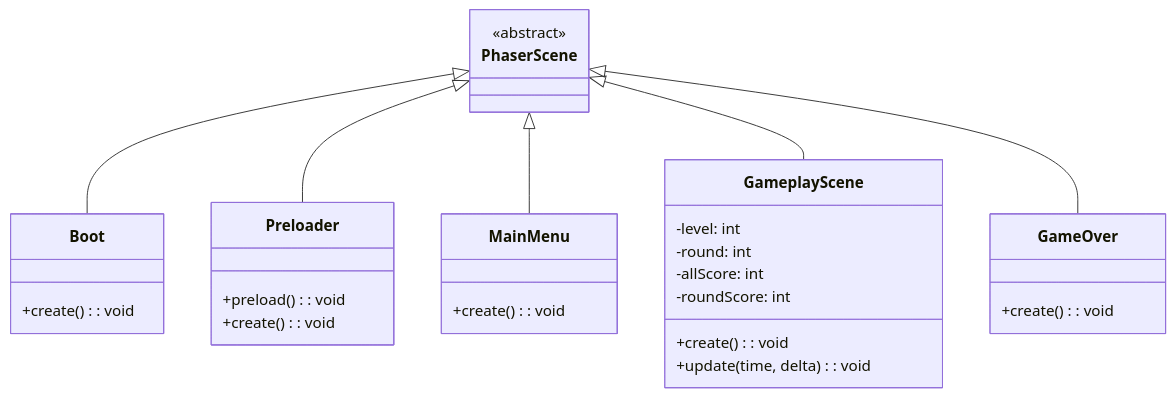
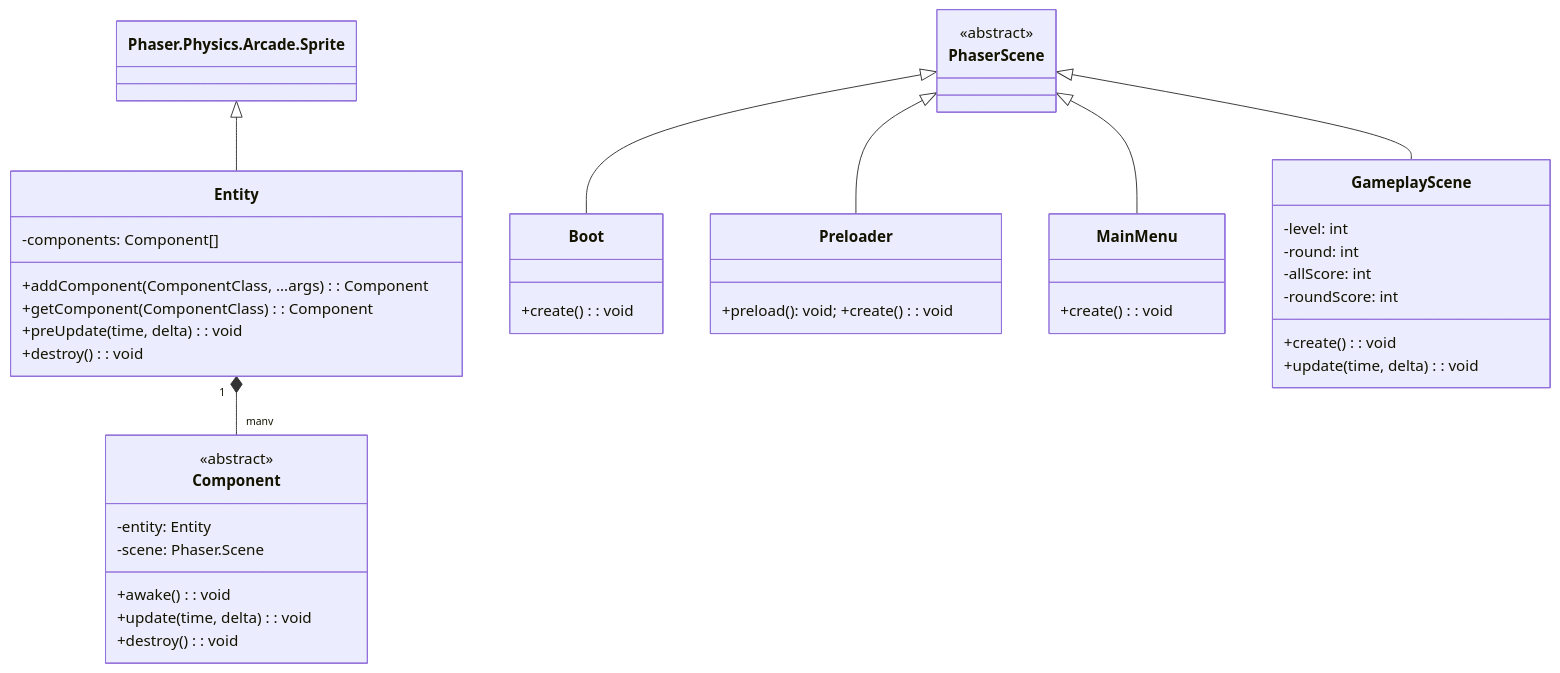
One commit to ChayutChanmueang/mci-cognitive-game-hub-dev-deploy changed the first of 13 diagrams in docs/software/02-class-diagram.md. Above: the diagram before and after it, drawn with Mermaid. The commit also changed other lines of this file and 12 other files, not shown here.

````diff
--- a/docs/software/02-class-diagram.md
+++ b/docs/software/02-class-diagram.md
@@ -11,40 +11,45 @@
 ```mermaid
 classDiagram
     direction TB
 
     class PhaserScene {
         <<abstract>>
     }
 
-    class Boot {
-        +create(): void
+    class Entity {
+        -components: Component[]
+        +addComponent(ComponentClass, ...args): Component
+        +getComponent(ComponentClass): Component
+        +preUpdate(time, delta): void
+        +destroy(): void
     }
 
-    class Preloader {
-        +preload(): void
-        +create(): void
+    class Component {
+        <<abstract>>
+        -entity: Entity
+        -scene: Phaser.Scene
+        +awake(): void
+        +update(time, delta): void
+        +destroy(): void
     }
 
-    class MainMenu {
-        +create(): void
-    }
-
+    class Boot { +create(): void }
+    class Preloader { +preload(): void; +create(): void }
+    class MainMenu { +create(): void }
     class GameplayScene {
         -level: int
         -round: int
         -allScore: int
         -roundScore: int
         +create(): void
         +update(time, delta): void
     }
 
-    class GameOver {
-        +create(): void
-    }
-
     PhaserScene <|-- Boot
     PhaserScene <|-- Preloader
     PhaserScene <|-- MainMenu
     PhaserScene <|-- GameplayScene
-    PhaserScene <|-- GameOver
+    
+    Phaser.Physics.Arcade.Sprite <|-- Entity
+    Entity "1" *-- "many" Component
 ```
````
